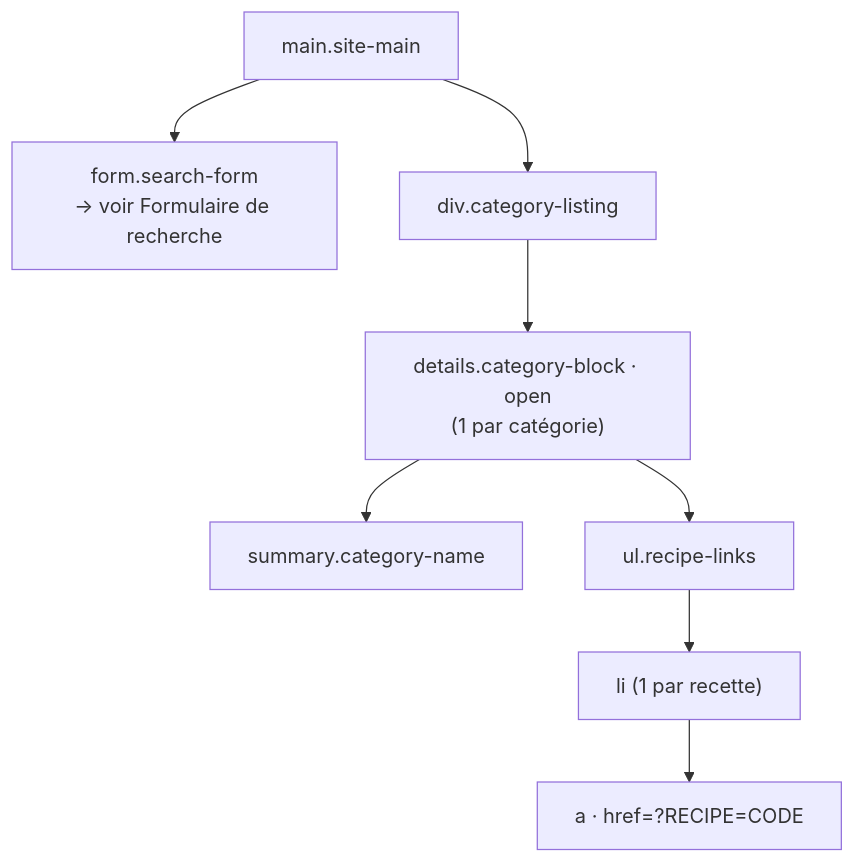
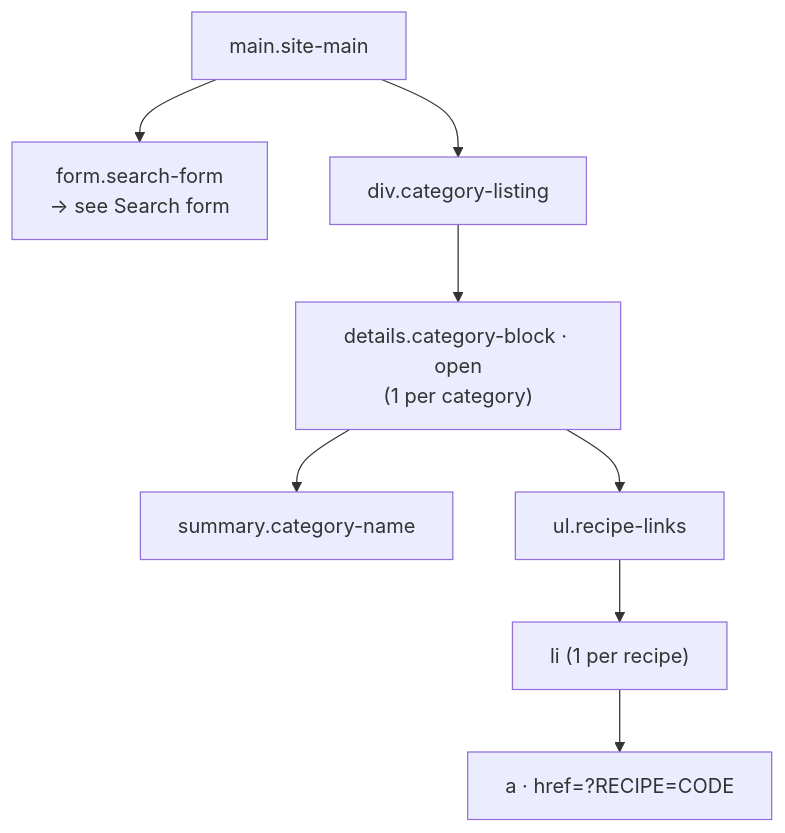
The second of 5 diagrams in MAIN_DOM.md (ppoilbarbe/PBRecipe), drawn with Mermaid before and after one commit. The commit also changed other lines of this file and 8 other files, not shown here.

````diff
--- a/MAIN_DOM.md
+++ b/MAIN_DOM.md
@@ -51,15 +51,15 @@
 ```mermaid
 graph TD
     main["main.site-main"]
 
-    main --> form["form.search-form\n→ voir Formulaire de recherche"]
+    main --> form["form.search-form\n→ see Search form"]
     main --> listing["div.category-listing"]
 
-    listing --> details["details.category-block · open\n(1 par catégorie)"]
+    listing --> details["details.category-block · open\n(1 per category)"]
 
     details --> summary["summary.category-name"]
     details --> ul["ul.recipe-links"]
 
-    ul --> li["li (1 par recette)"]
+    ul --> li["li (1 per recipe)"]
     li --> a["a · href=?RECIPE=CODE"]
 ```
````
